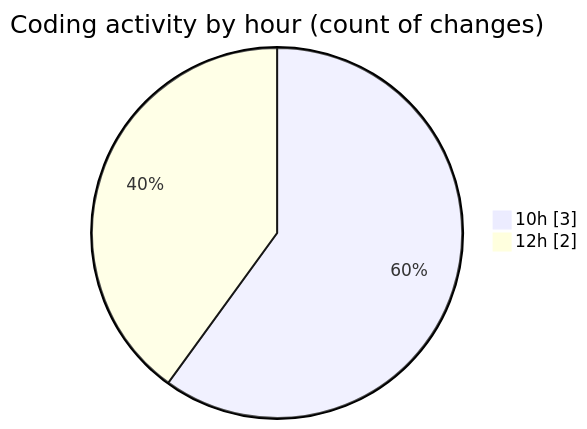
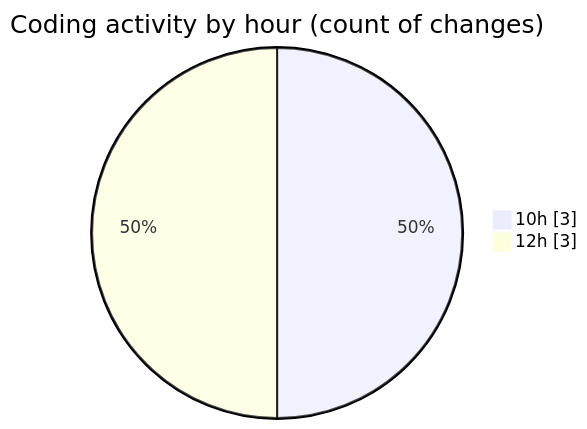
One commit to nxtqubesakshisongat/code-tracking changed the second of 2 diagrams in 2025-10-31/nxtqube_webapp/README.md. Above: the diagram before and after it, drawn with Mermaid. The commit also changed other lines of this file and 1 other file, not shown here.

````diff
--- a/2025-10-31/nxtqube_webapp/README.md
+++ b/2025-10-31/nxtqube_webapp/README.md
@@ -30,6 +30,6 @@
 ```mermaid
 pie showData
 title Coding activity by hour (count of changes)
 "10h" : 3
-"12h" : 2
+"12h" : 3
 ```
````
